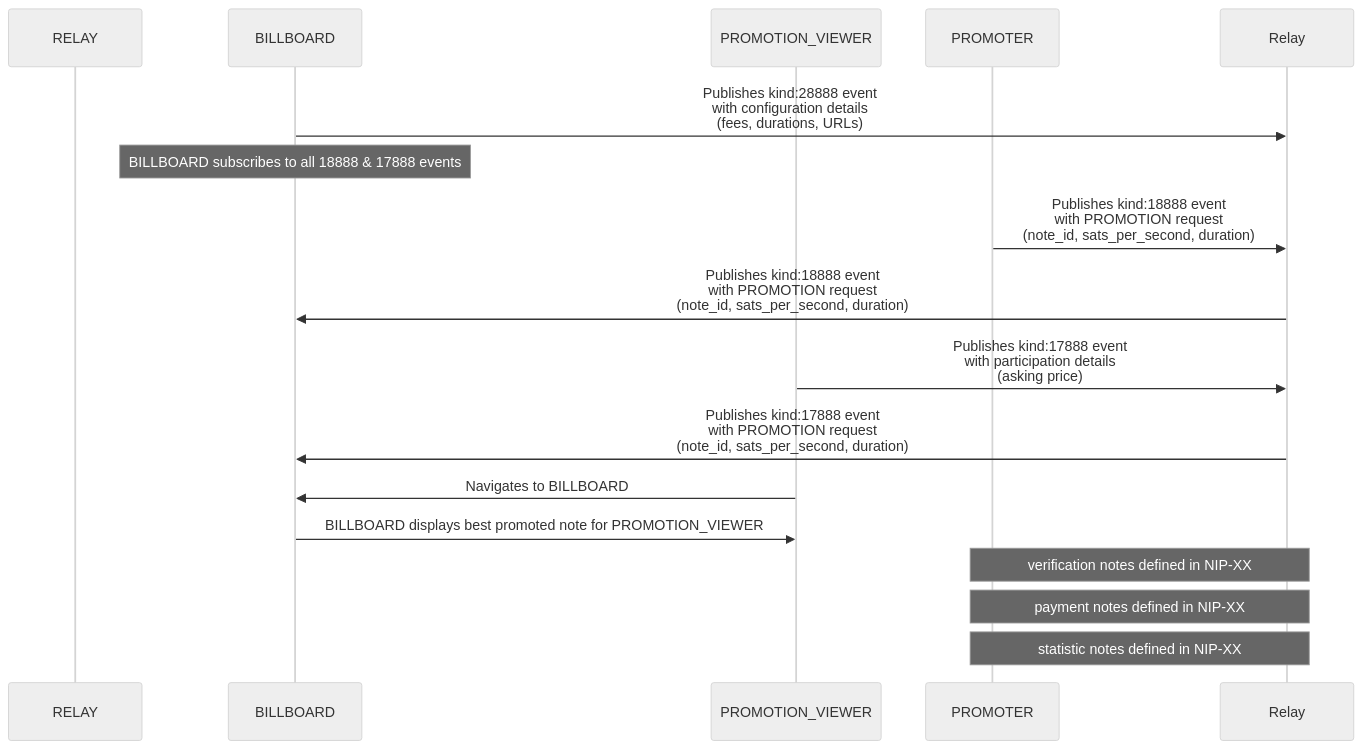
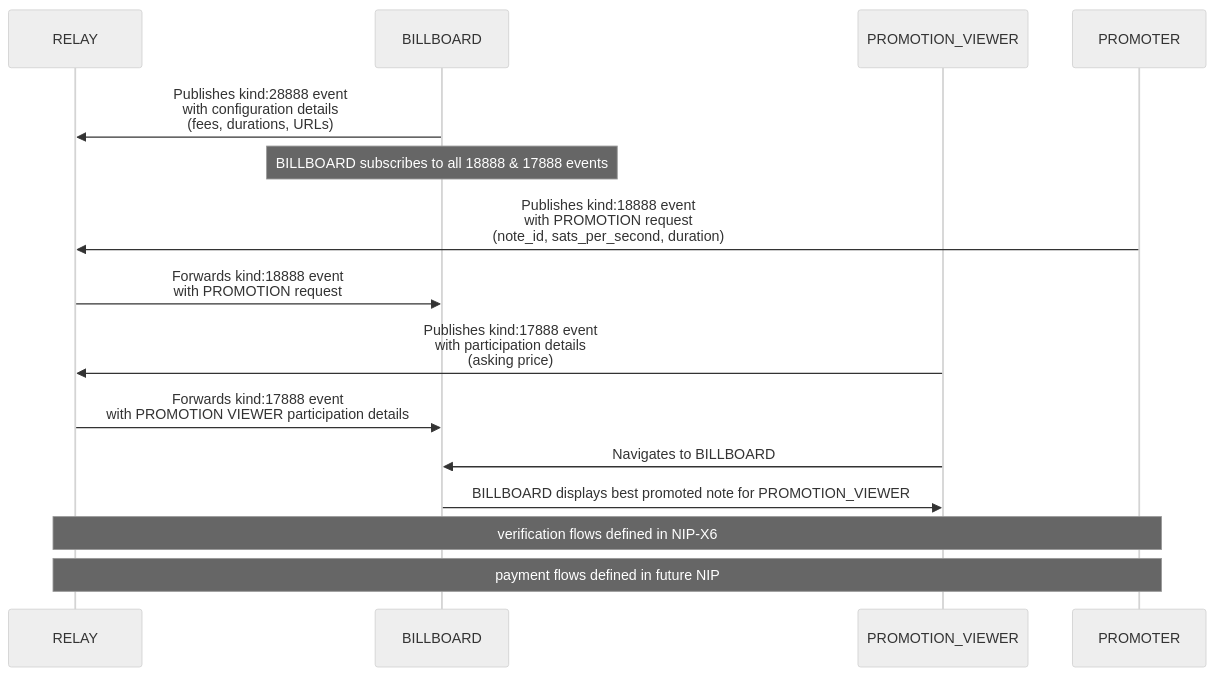
The diagram in NIP-X1.md (joinnextblock/attn-protocol), drawn with Mermaid (neutral theme) before and after one commit. The commit also changed other lines of this file and 6 other files, not shown here.

````diff
--- a/NIP-X1.md
+++ b/NIP-X1.md
@@ -153,19 +153,18 @@
 ```mermaid
 sequenceDiagram
     participant RELAY
     participant BILLBOARD
     participant PROMOTION_VIEWER
     participant PROMOTER
 
-    BILLBOARD->>Relay: Publishes kind:28888 event<br/>with configuration details<br/>(fees, durations, URLs)
+    BILLBOARD->>RELAY: Publishes kind:28888 event<br/>with configuration details<br/>(fees, durations, URLs)
     Note over BILLBOARD: BILLBOARD subscribes to all 18888 & 17888 events
-    PROMOTER->>Relay: Publishes kind:18888 event<br/>with PROMOTION request<br/>(note_id, sats_per_second, duration)
-    Relay->>BILLBOARD: Publishes kind:18888 event<br/>with PROMOTION request<br/>(note_id, sats_per_second, duration)
-    PROMOTION_VIEWER->>Relay: Publishes kind:17888 event<br/>with participation details<br/>(asking price)
-    Relay->>BILLBOARD: Publishes kind:17888 event<br/>with PROMOTION request<br/>(note_id, sats_per_second, duration)
+    PROMOTER->>RELAY: Publishes kind:18888 event<br/>with PROMOTION request<br/>(note_id, sats_per_second, duration)
+    RELAY->>BILLBOARD: Forwards kind:18888 event<br/>with PROMOTION request
+    PROMOTION_VIEWER->>RELAY: Publishes kind:17888 event<br/>with participation details<br/>(asking price)
+    RELAY->>BILLBOARD: Forwards kind:17888 event<br/>with PROMOTION VIEWER participation details
     PROMOTION_VIEWER->>BILLBOARD: Navigates to BILLBOARD
     BILLBOARD->>PROMOTION_VIEWER: BILLBOARD displays best promoted note for PROMOTION_VIEWER
-    Note over Relay,PROMOTER: verification notes defined in NIP-XX
-    Note over Relay,PROMOTER: payment notes defined in NIP-XX
-    Note over Relay,PROMOTER: statistic notes defined in NIP-XX
+    Note over RELAY,PROMOTER: verification flows defined in NIP-X6
+    Note over RELAY,PROMOTER: payment flows defined in future NIP
 ```
````
